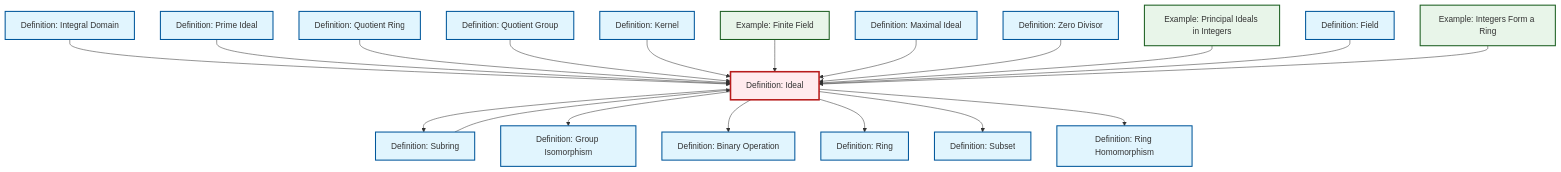
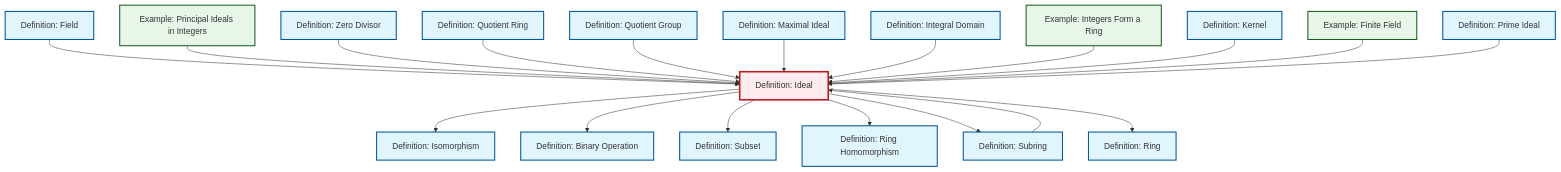
One commit to RK0429/ModernMath changed the diagram in content/en/algebra/def-ideal.qmd. Above: the diagram before and after it, drawn with Mermaid. The commit also changed 1069 other files, not shown here.

````diff
--- a/content/en/algebra/def-ideal.qmd
+++ b/content/en/algebra/def-ideal.qmd
@@ -83,63 +83,63 @@
 ```{mermaid}
 %%| fig-cap: "Local dependency graph"
 graph TD
     classDef definition fill:#e1f5fe,stroke:#01579b,stroke-width:2px
     classDef theorem fill:#f3e5f5,stroke:#4a148c,stroke-width:2px
     classDef axiom fill:#fff3e0,stroke:#e65100,stroke-width:2px
     classDef example fill:#e8f5e9,stroke:#1b5e20,stroke-width:2px
     classDef current fill:#ffebee,stroke:#b71c1c,stroke-width:3px
+    def-zero-divisor["Definition: Zero Divisor"]:::definition
+    ex-integers-ring["Example: Integers Form a Ring"]:::example
+    def-prime-ideal["Definition: Prime Ideal"]:::definition
+    def-ideal["Definition: Ideal"]:::definition
+    def-maximal-ideal["Definition: Maximal Ideal"]:::definition
+    def-kernel["Definition: Kernel"]:::definition
+    def-binary-operation["Definition: Binary Operation"]:::definition
+    def-isomorphism["Definition: Isomorphism"]:::definition
     def-quotient-ring["Definition: Quotient Ring"]:::definition
-    def-isomorphism["Definition: Group Isomorphism"]:::definition
+    def-field["Definition: Field"]:::definition
     def-ring-homomorphism["Definition: Ring Homomorphism"]:::definition
-    def-maximal-ideal["Definition: Maximal Ideal"]:::definition
-    def-field["Definition: Field"]:::definition
-    def-prime-ideal["Definition: Prime Ideal"]:::definition
+    def-ring["Definition: Ring"]:::definition
+    ex-principal-ideal["Example: Principal Ideals in Integers"]:::example
+    def-integral-domain["Definition: Integral Domain"]:::definition
+    def-subset["Definition: Subset"]:::definition
     def-quotient-group["Definition: Quotient Group"]:::definition
-    def-ring["Definition: Ring"]:::definition
-    def-subset["Definition: Subset"]:::definition
-    def-ideal["Definition: Ideal"]:::definition
-    def-binary-operation["Definition: Binary Operation"]:::definition
-    def-zero-divisor["Definition: Zero Divisor"]:::definition
-    def-kernel["Definition: Kernel"]:::definition
+    def-subring["Definition: Subring"]:::definition
     ex-finite-field["Example: Finite Field"]:::example
-    def-subring["Definition: Subring"]:::definition
-    def-integral-domain["Definition: Integral Domain"]:::definition
-    ex-principal-ideal["Example: Principal Ideals in Integers"]:::example
-    ex-integers-ring["Example: Integers Form a Ring"]:::example
-    def-integral-domain --> def-ideal
-    def-ideal --> def-subring
+    def-field --> def-ideal
     def-ideal --> def-isomorphism
-    def-prime-ideal --> def-ideal
-    def-subring --> def-ideal
+    def-ideal --> def-binary-operation
+    def-ideal --> def-subset
+    ex-principal-ideal --> def-ideal
+    def-zero-divisor --> def-ideal
     def-quotient-ring --> def-ideal
     def-quotient-group --> def-ideal
+    def-ideal --> def-ring-homomorphism
+    def-maximal-ideal --> def-ideal
+    def-integral-domain --> def-ideal
+    ex-integers-ring --> def-ideal
+    def-subring --> def-ideal
     def-kernel --> def-ideal
-    def-ideal --> def-binary-operation
+    def-ideal --> def-subring
     ex-finite-field --> def-ideal
     def-ideal --> def-ring
-    def-maximal-ideal --> def-ideal
-    def-zero-divisor --> def-ideal
-    def-ideal --> def-subset
-    ex-principal-ideal --> def-ideal
-    def-ideal --> def-ring-homomorphism
-    def-field --> def-ideal
-    ex-integers-ring --> def-ideal
+    def-prime-ideal --> def-ideal
     class def-ideal current
+    click def-zero-divisor "def-zero-divisor.html" "Go to Zero Divisor definition"
+    click ex-integers-ring "ex-integers-ring.html" "Go to Integers Form a Ring example"
+    click def-prime-ideal "def-prime-ideal.html" "Go to Prime Ideal definition"
+    click def-maximal-ideal "def-maximal-ideal.html" "Go to Maximal Ideal definition"
+    click def-kernel "def-kernel.html" "Go to Kernel definition"
+    click def-binary-operation "def-binary-operation.html" "Go to Binary Operation definition"
+    click def-isomorphism "def-isomorphism.html" "Go to Isomorphism definition"
     click def-quotient-ring "def-quotient-ring.html" "Go to Quotient Ring definition"
-    click def-isomorphism "def-isomorphism.html" "Go to Group Isomorphism definition"
+    click def-field "def-field.html" "Go to Field definition"
     click def-ring-homomorphism "def-ring-homomorphism.html" "Go to Ring Homomorphism definition"
-    click def-maximal-ideal "def-maximal-ideal.html" "Go to Maximal Ideal definition"
-    click def-field "def-field.html" "Go to Field definition"
-    click def-prime-ideal "def-prime-ideal.html" "Go to Prime Ideal definition"
+    click def-ring "def-ring.html" "Go to Ring definition"
+    click ex-principal-ideal "ex-principal-ideal.html" "Go to Principal Ideals in Integers example"
+    click def-integral-domain "def-integral-domain.html" "Go to Integral Domain definition"
+    click def-subset "def-subset.html" "Go to Subset definition"
     click def-quotient-group "def-quotient-group.html" "Go to Quotient Group definition"
-    click def-ring "def-ring.html" "Go to Ring definition"
-    click def-subset "def-subset.html" "Go to Subset definition"
-    click def-binary-operation "def-binary-operation.html" "Go to Binary Operation definition"
-    click def-zero-divisor "def-zero-divisor.html" "Go to Zero Divisor definition"
-    click def-kernel "def-kernel.html" "Go to Kernel definition"
+    click def-subring "def-subring.html" "Go to Subring definition"
     click ex-finite-field "ex-finite-field.html" "Go to Finite Field example"
-    click def-subring "def-subring.html" "Go to Subring definition"
-    click def-integral-domain "def-integral-domain.html" "Go to Integral Domain definition"
-    click ex-principal-ideal "ex-principal-ideal.html" "Go to Principal Ideals in Integers example"
-    click ex-integers-ring "ex-integers-ring.html" "Go to Integers Form a Ring example"
 ```
````
